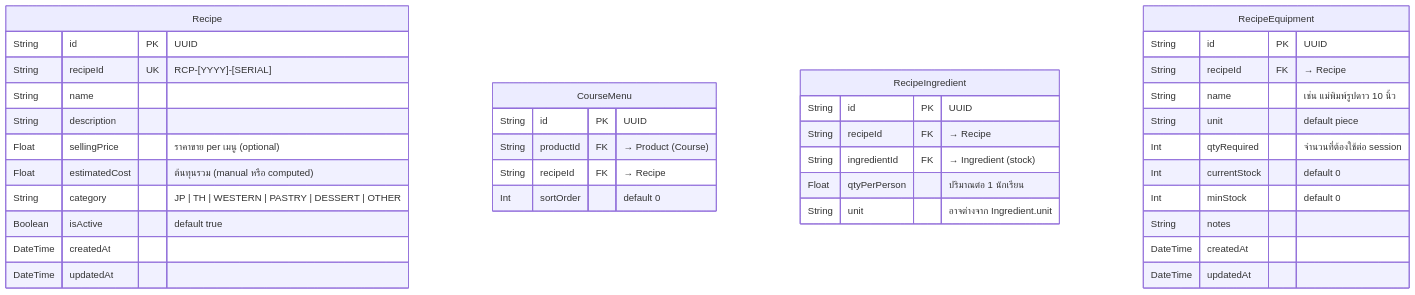
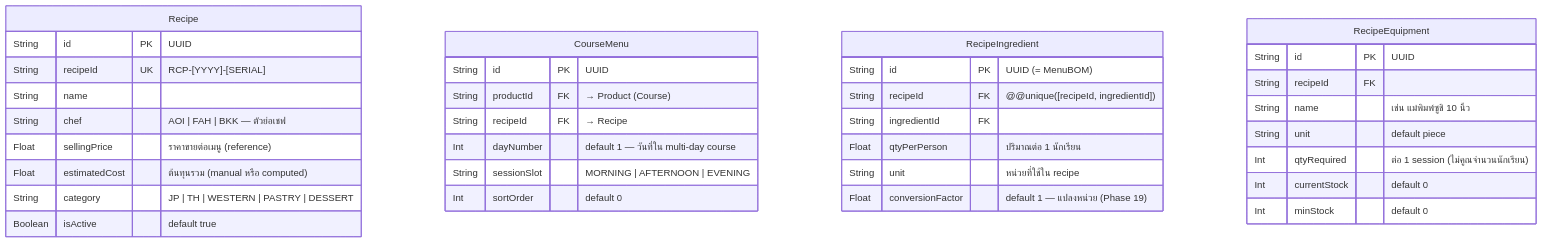
Before and after one commit to Freshair129/crmapp: the sixth of 8 diagrams in docs/database_erd.md, drawn with Mermaid. The commit also changed other lines of this file and 13 other files, not shown here.

First line of the commit message:
feat(phase20): add Lot ID for stock batches + Class ID for course cohorts

````diff
--- a/docs/database_erd.md
+++ b/docs/database_erd.md
@@ -420,43 +315,44 @@
 ```mermaid
 erDiagram
     Recipe {
-        String  id             PK  "UUID"
-        String  recipeId       UK  "RCP-[YYYY]-[SERIAL]"
-        String  name
-        String  description
-        Float   sellingPrice       "ราคาขาย per เมนู (optional)"
-        Float   estimatedCost      "ต้นทุนรวม (manual หรือ computed)"
-        String  category           "JP | TH | WESTERN | PASTRY | DESSERT | OTHER"
-        Boolean isActive           "default true"
-        DateTime createdAt
-        DateTime updatedAt
+        String   id             PK  "UUID"
+        String   recipeId       UK  "RCP-[YYYY]-[SERIAL]"
+        String   name
+        String   chef               "AOI | FAH | BKK — ตัวย่อเชฟ"
+        Float    sellingPrice       "ราคาขายต่อเมนู (reference)"
+        Float    estimatedCost      "ต้นทุนรวม (manual หรือ computed)"
+        String   category           "JP | TH | WESTERN | PASTRY | DESSERT"
+        Boolean  isActive           "default true"
     }
 
     CourseMenu {
-        String  id         PK  "UUID"
-        String  productId  FK  "→ Product (Course)"
-        String  recipeId   FK  "→ Recipe"
-        Int     sortOrder      "default 0"
+        String   id         PK  "UUID"
+        String   productId  FK  "→ Product (Course)"
+        String   recipeId   FK  "→ Recipe"
+        Int      dayNumber      "default 1 — วันที่ใน multi-day course"
+        String   sessionSlot    "MORNING | AFTERNOON | EVENING"
+        Int      sortOrder      "default 0"
+        %% Phase 19: @@unique([productId, recipeId, dayNumber])
+        %% → อนุญาต same recipe ใน Day1 + Day2 ของคอร์สเดียวกัน
     }
 
     RecipeIngredient {
-        String  id           PK  "UUID"
-        String  recipeId     FK  "→ Recipe"
-        String  ingredientId FK  "→ Ingredient (stock)"
-        Float   qtyPerPerson     "ปริมาณต่อ 1 นักเรียน"
-        String  unit             "อาจต่างจาก Ingredient.unit"
+        String   id               PK  "UUID (= MenuBOM)"
+        String   recipeId         FK  "@@unique([recipeId, ingredientId])"
+        String   ingredientId     FK
+        Float    qtyPerPerson         "ปริมาณต่อ 1 นักเรียน"
+        String   unit                 "หน่วยที่ใช้ใน recipe"
+        Float    conversionFactor     "default 1 — แปลงหน่วย (Phase 19)"
+        %% qty_deducted = qtyPerPerson × students × conversionFactor
     }
 
     RecipeEquipment {
-        String  id           PK  "UUID"
-        String  recipeId     FK  "→ Recipe"
-        String  name             "เช่น แม่พิมพ์รูปดาว 10 นิ้ว"
-        String  unit             "default piece"
-        Int     qtyRequired      "จำนวนที่ต้องใช้ต่อ session"
-        Int     currentStock     "default 0"
-        Int     minStock         "default 0"
-        String  notes
-        DateTime createdAt
-        DateTime updatedAt
+        String   id            PK  "UUID"
+        String   recipeId      FK
+        String   name              "เช่น แม่พิมพ์ซูชิ 10 นิ้ว"
+        String   unit              "default piece"
+        Int      qtyRequired       "ต่อ 1 session (ไม่คูณจำนวนนักเรียน)"
+        Int      currentStock      "default 0"
+        Int      minStock          "default 0"
     }
 ```
````
